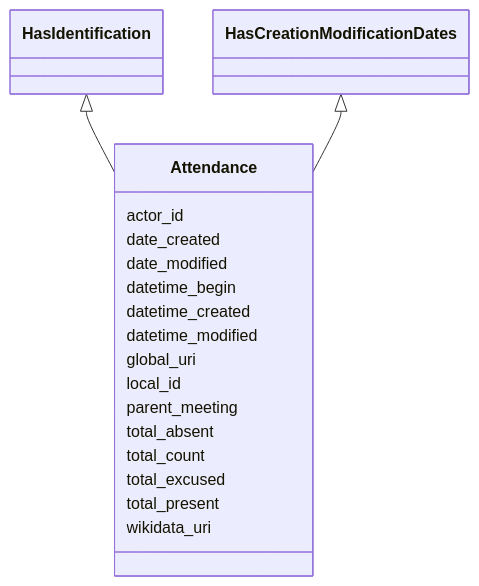
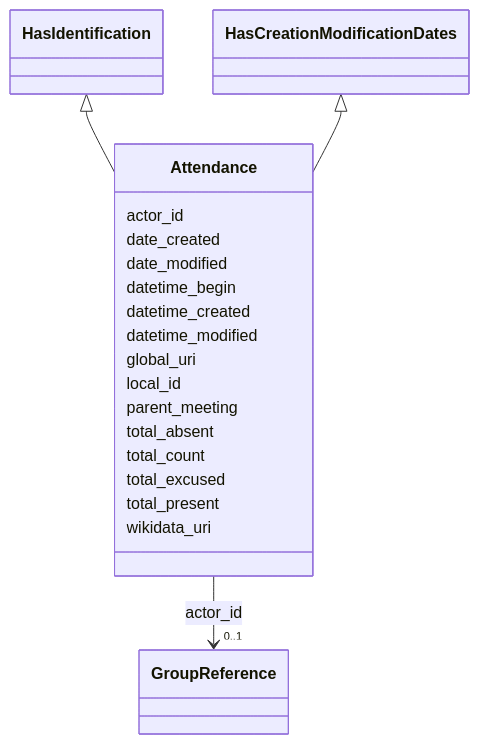
One commit to swiss/political-affairs-ech-group changed the diagram in ech-0293_operations/output/docs/Attendance.md. Above: the diagram before and after it, drawn with Mermaid. The commit also changed other lines of this file and 27 other files, not shown here.

````diff
--- a/ech-0293_operations/output/docs/Attendance.md
+++ b/ech-0293_operations/output/docs/Attendance.md
@@ -27,39 +27,48 @@
 ```mermaid
  classDiagram
     class Attendance
     click Attendance href "../Attendance/"
       HasIdentification <|-- Attendance
         click HasIdentification href "../HasIdentification/"
       HasCreationModificationDates <|-- Attendance
         click HasCreationModificationDates href "../HasCreationModificationDates/"
       
       Attendance : actor_id
+        
+          
+    
+        
+        
+        Attendance --> "0..1" GroupReference : actor_id
+        click GroupReference href "../GroupReference/"
+    
+
         
       Attendance : date_created
         
       Attendance : date_modified
         
       Attendance : datetime_begin
         
       Attendance : datetime_created
         
       Attendance : datetime_modified
         
       Attendance : global_uri
         
       Attendance : local_id
         
       Attendance : parent_meeting
         
       Attendance : total_absent
         
       Attendance : total_count
         
       Attendance : total_excused
         
       Attendance : total_present
         
       Attendance : wikidata_uri
         
       
 ```
````
